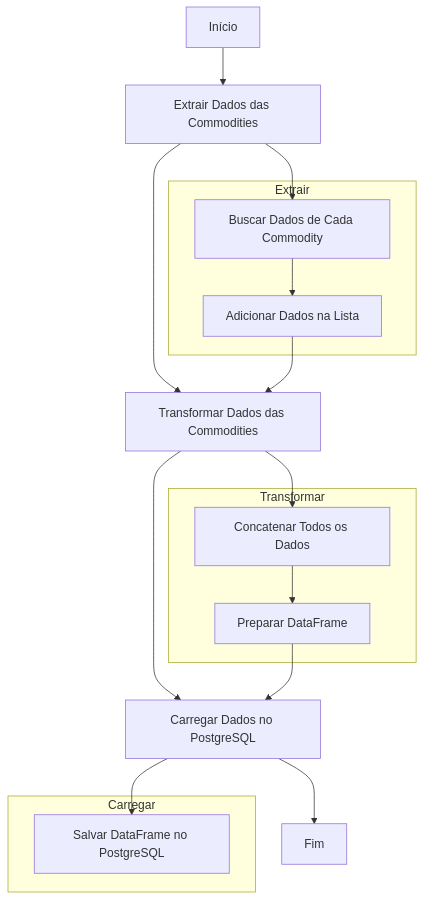
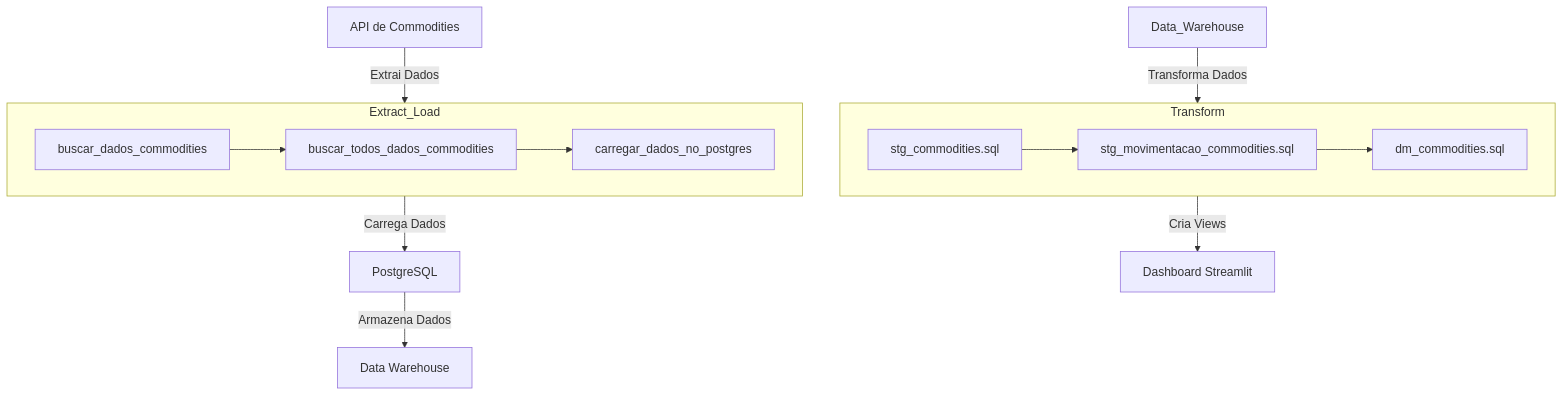
Before and after one commit to crisolmedo07/workshop-aberto-dw-do-zero-aovivo: the first of 2 diagrams in README.md, drawn with Mermaid. The commit also changed other lines of this file and 1 other file, not shown here.

````diff
--- a/README.md
+++ b/README.md
@@ -3,30 +39,18 @@
 ```mermaid
 graph TD;
-    A[Início] --> B[Extrair Dados das Commodities]
-    B --> C[Transformar Dados das Commodities]
-    C --> D[Carregar Dados no PostgreSQL]
-    D --> E[Fim]
-
-    subgraph Extrair
-        B1[Buscar Dados de Cada Commodity]
-        B2[Adicionar Dados na Lista]
+    subgraph Extract_Load
+        A1[buscar_dados_commodities] --> B1[buscar_todos_dados_commodities]
+        B1 --> C1[carregar_dados_no_postgres]
     end
 
-    subgraph Transformar
-        C1[Concatenar Todos os Dados]
-        C2[Preparar DataFrame]
+    subgraph Transform
+        D1[stg_commodities.sql] --> E1[stg_movimentacao_commodities.sql]
+        E1 --> F1[dm_commodities.sql]
     end
 
-    subgraph Carregar
-        D1[Salvar DataFrame no PostgreSQL]
-    end
-
-    B --> B1
-    B1 --> B2
-    B2 --> C
-    C --> C1
-    C1 --> C2
-    C2 --> D
-    D --> D1
-
+    A[API de Commodities] -->|Extrai Dados| Extract_Load
+    Extract_Load -->|Carrega Dados| C[PostgreSQL]
+    C -->|Armazena Dados| D[Data Warehouse]
+    Data_Warehouse -->|Transforma Dados| Transform
+    Transform -->|Cria Views| F[Dashboard Streamlit]
 ```
````
